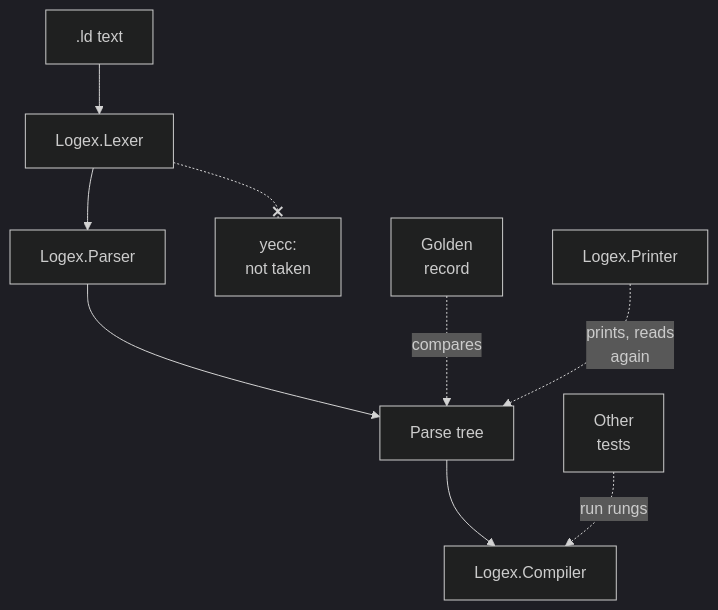
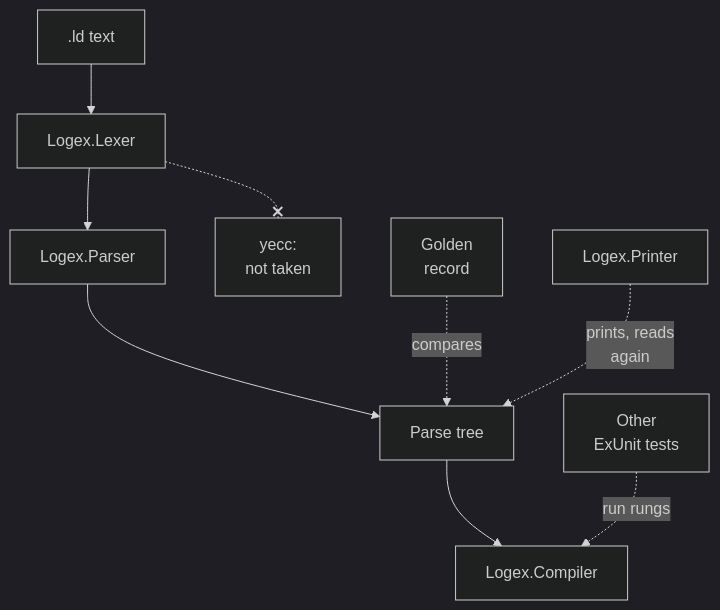
The diagram in docs/adr/0003-no-dependencies-no-generated-code.md (rellen/logex), drawn with Mermaid (dark theme) before and after one commit. The commit also changed other lines of this file and 41 other files, not shown here.

````diff
--- a/docs/adr/0003-no-dependencies-no-generated-code.md
+++ b/docs/adr/0003-no-dependencies-no-generated-code.md
@@ -107,11 +107,11 @@
 ```mermaid
 flowchart TB
   text[".ld text"] --> lexer["Logex.Lexer"]
   lexer --> parser["Logex.Parser"]
   lexer -.-x yecc["yecc:<br>not taken"]
   parser --> tree["Parse tree"]
   tree --> compiler["Logex.Compiler"]
   golden["Golden<br>record"] -.->|"compares"| tree
   printer["Logex.Printer"] -.->|"prints, reads<br>again"| tree
-  suite["Other<br>tests"] -.->|"run rungs"| compiler
+  suite["Other<br>ExUnit tests"] -.->|"run rungs"| compiler
 ```
````
